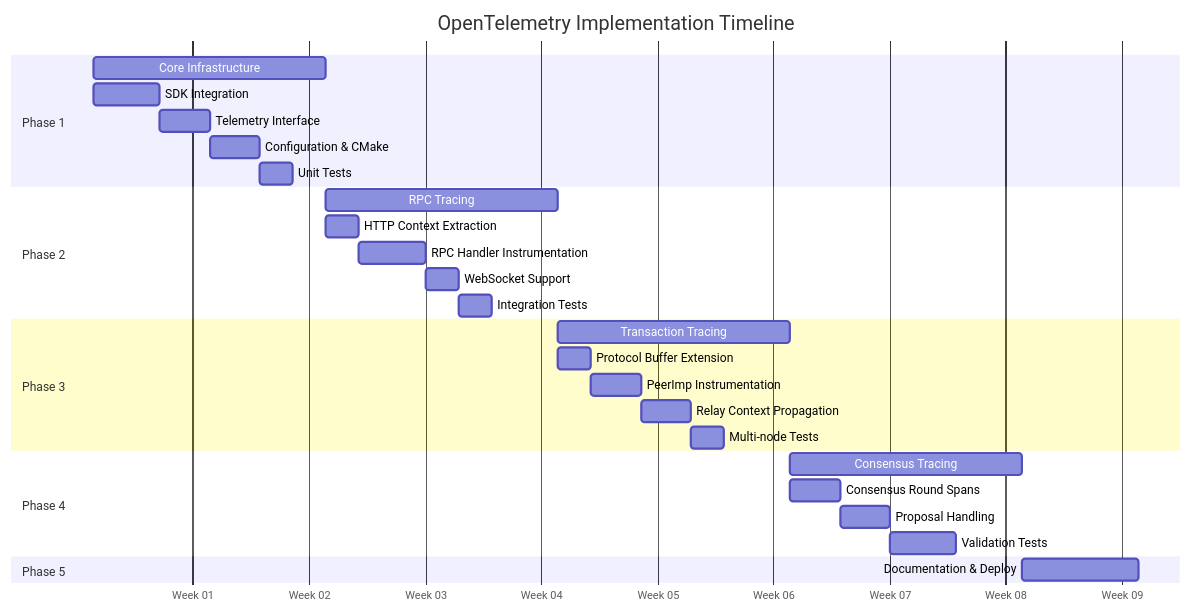
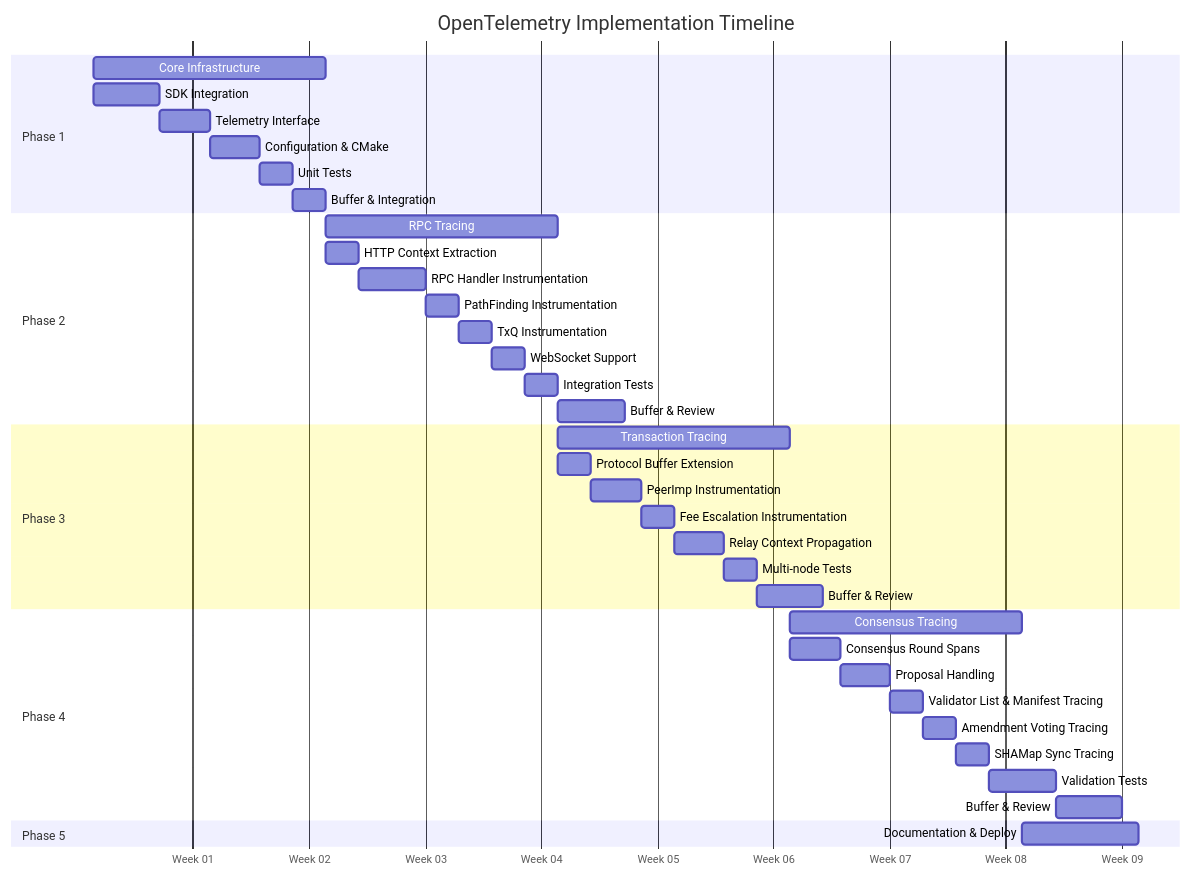
The first of 5 diagrams in OpenTelemetryPlan/06-implementation-phases.md (XRPLF/rippled), drawn with Mermaid before and after one commit. The commit also changed other lines of this file and 12 other files, not shown here.

````diff
--- a/OpenTelemetryPlan/06-implementation-phases.md
+++ b/OpenTelemetryPlan/06-implementation-phases.md
@@ -10,36 +12,46 @@
 ```mermaid
 gantt
     title OpenTelemetry Implementation Timeline
     dateFormat  YYYY-MM-DD
     axisFormat  Week %W
 
     section Phase 1
     Core Infrastructure        :p1, 2024-01-01, 2w
     SDK Integration           :p1a, 2024-01-01, 4d
     Telemetry Interface       :p1b, after p1a, 3d
     Configuration & CMake     :p1c, after p1b, 3d
     Unit Tests                :p1d, after p1c, 2d
+    Buffer & Integration      :p1e, after p1d, 2d
 
     section Phase 2
     RPC Tracing               :p2, after p1, 2w
     HTTP Context Extraction   :p2a, after p1, 2d
     RPC Handler Instrumentation :p2b, after p2a, 4d
-    WebSocket Support         :p2c, after p2b, 2d
+    PathFinding Instrumentation :p2f, after p2b, 2d
+    TxQ Instrumentation       :p2g, after p2f, 2d
+    WebSocket Support         :p2c, after p2g, 2d
     Integration Tests         :p2d, after p2c, 2d
+    Buffer & Review           :p2e, after p2d, 4d
 
     section Phase 3
     Transaction Tracing       :p3, after p2, 2w
     Protocol Buffer Extension :p3a, after p2, 2d
     PeerImp Instrumentation   :p3b, after p3a, 3d
-    Relay Context Propagation :p3c, after p3b, 3d
+    Fee Escalation Instrumentation :p3f, after p3b, 2d
+    Relay Context Propagation :p3c, after p3f, 3d
     Multi-node Tests          :p3d, after p3c, 2d
+    Buffer & Review           :p3e, after p3d, 4d
 
     section Phase 4
     Consensus Tracing         :p4, after p3, 2w
     Consensus Round Spans     :p4a, after p3, 3d
     Proposal Handling         :p4b, after p4a, 3d
-    Validation Tests          :p4c, after p4b, 4d
+    Validator List & Manifest Tracing :p4f, after p4b, 2d
+    Amendment Voting Tracing  :p4g, after p4f, 2d
+    SHAMap Sync Tracing       :p4h, after p4g, 2d
+    Validation Tests          :p4c, after p4h, 4d
+    Buffer & Review           :p4e, after p4c, 4d
 
     section Phase 5
     Documentation & Deploy    :p5, after p4, 1w
 ```
````
